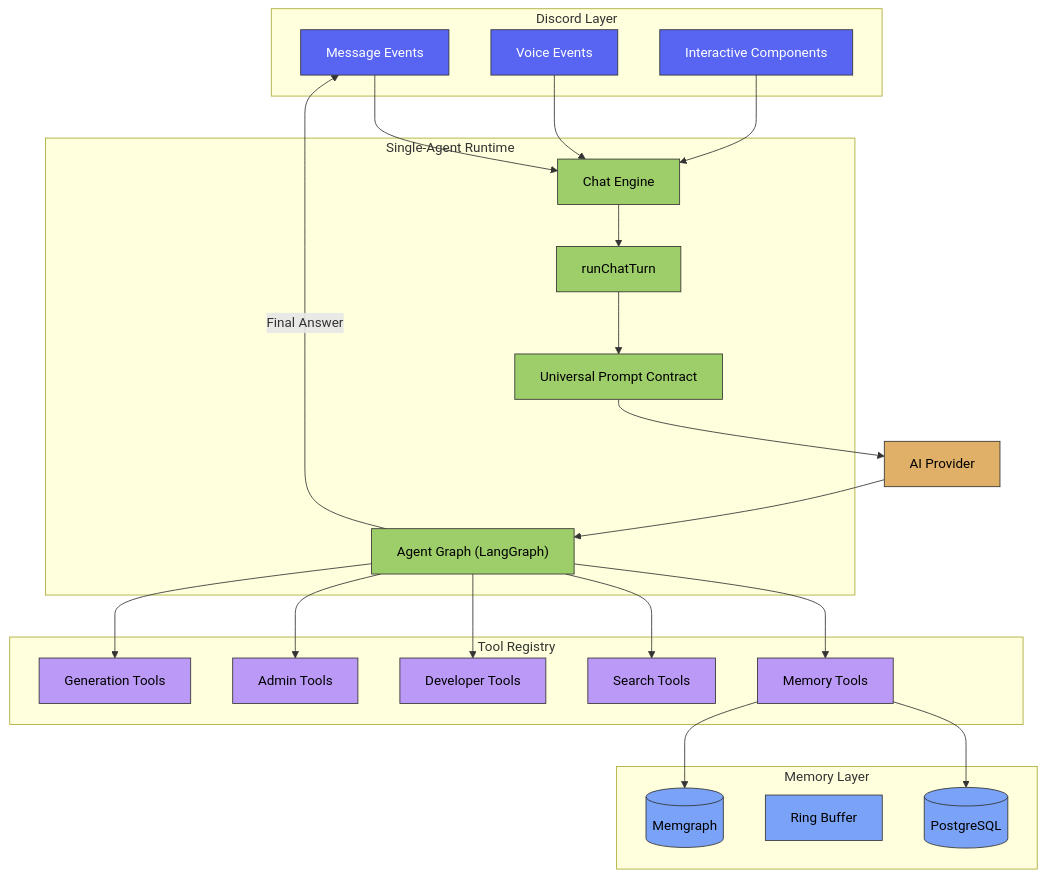
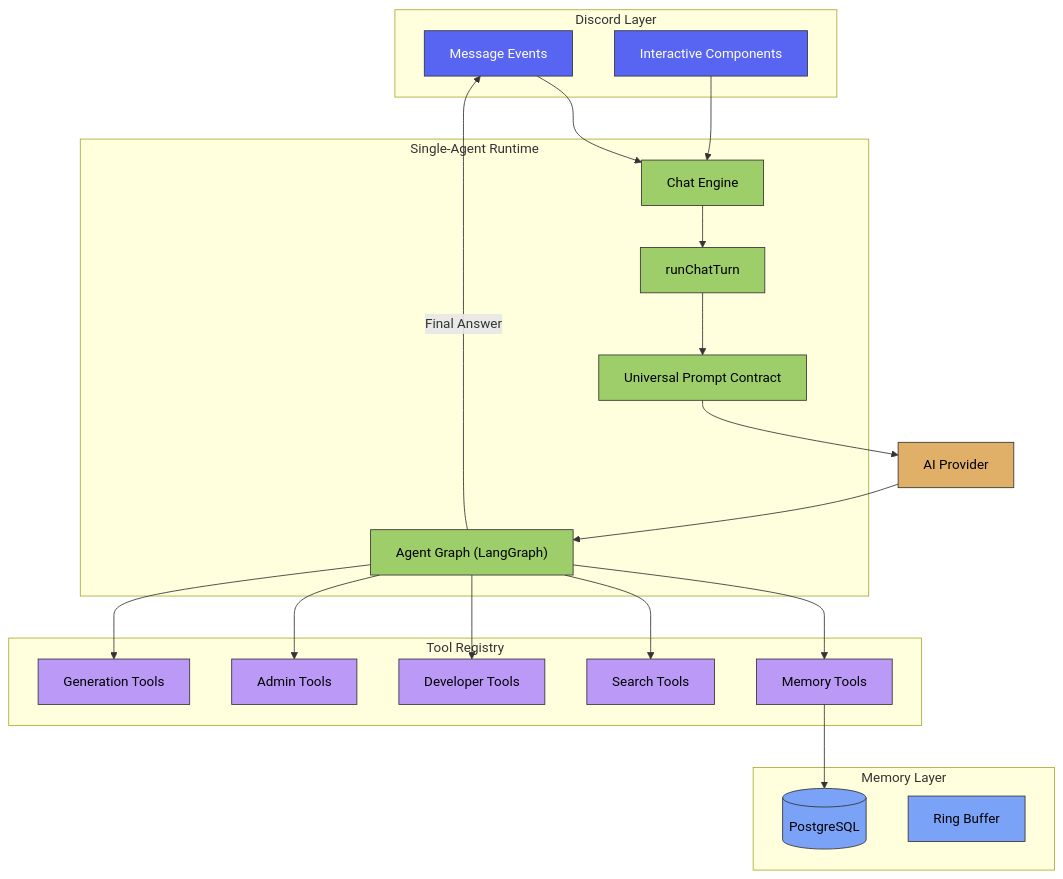
One commit to BokX1/Sage changed the first of 2 diagrams in docs/architecture/OVERVIEW.md. Above: the diagram before and after it, drawn with Mermaid. The commit also changed other lines of this file and 135 other files, not shown here.

````diff
--- a/docs/architecture/OVERVIEW.md
+++ b/docs/architecture/OVERVIEW.md
@@ -42,44 +42,41 @@
 ```mermaid
 flowchart TD
     classDef discord fill:#5865f2,stroke:#333,color:white
     classDef runtime fill:#9ECE6A,stroke:#333,color:black
     classDef memory fill:#7AA2F7,stroke:#333,color:black
     classDef tools fill:#BB9AF7,stroke:#333,color:black
     classDef llm fill:#E0AF68,stroke:#333,color:black
 
     subgraph Discord["Discord Layer"]
         ME[Message Events]:::discord
-        VE[Voice Events]:::discord
         IC[Interactive Components]:::discord
     end
 
     subgraph Runtime["Single-Agent Runtime"]
         CE[Chat Engine]:::runtime
         RT[runChatTurn]:::runtime
         PC["Universal Prompt Contract"]:::runtime
         AG["Agent Graph (LangGraph)"]:::runtime
     end
 
     subgraph Memory["Memory Layer"]
         PG[(PostgreSQL)]:::memory
         RB[Ring Buffer]:::memory
-        MG[(Memgraph)]:::memory
     end
 
     subgraph Tools["Tool Registry"]
         MT[Memory Tools]:::tools
         ST[Search Tools]:::tools
         DT[Developer Tools]:::tools
         AT[Admin Tools]:::tools
         GT[Generation Tools]:::tools
     end
 
     ME --> CE --> RT
-    VE --> CE
     IC --> CE
     RT --> PC --> LLM[AI Provider]:::llm
     LLM --> AG
     AG --> MT & ST & DT & AT & GT
-    MT --> PG & MG
+    MT --> PG
     AG -->|"Final Answer"| ME
 ```
````
